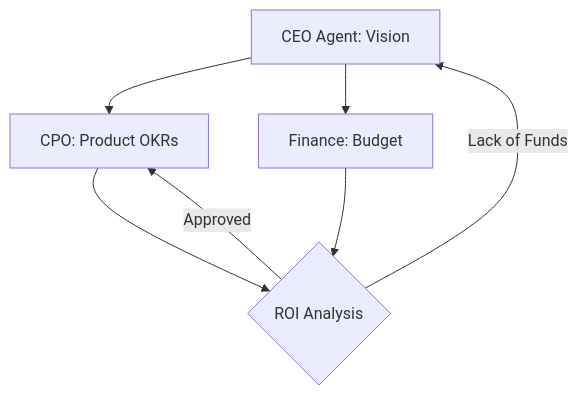
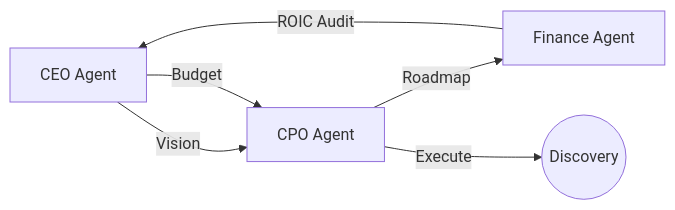
The diagram in workflows/strategic_planning.md (carluxdevs/AgentOS), drawn with Mermaid before and after one commit. The commit also changed 3 other files, not shown here.

````diff
--- a/workflows/strategic_planning.md
+++ b/workflows/strategic_planning.md
@@ -5,9 +5,8 @@
 ```mermaid
-graph TD
-    CEO[CEO Agent: Vision] --> CPO[CPO: Product OKRs]
-    CEO --> FIN[Finance: Budget]
-    CPO --> ROI{ROI Analysis}
-    FIN --> ROI
-    ROI -- "Approved" --> CPO
-    ROI -- "Lack of Funds" --> CEO
+graph LR
+    CEO[CEO Agent] -- "Vision" --> CPO[CPO Agent]
+    CPO -- "Roadmap" --> FIN[Finance Agent]
+    FIN -- "ROIC Audit" --> CEO
+    CEO -- "Budget" --> CPO
+    CPO -- "Execute" --> DISCO((Discovery))
 ```
````
